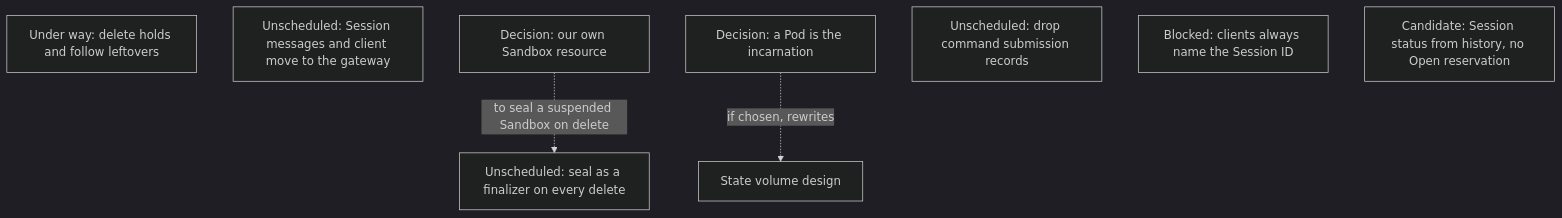
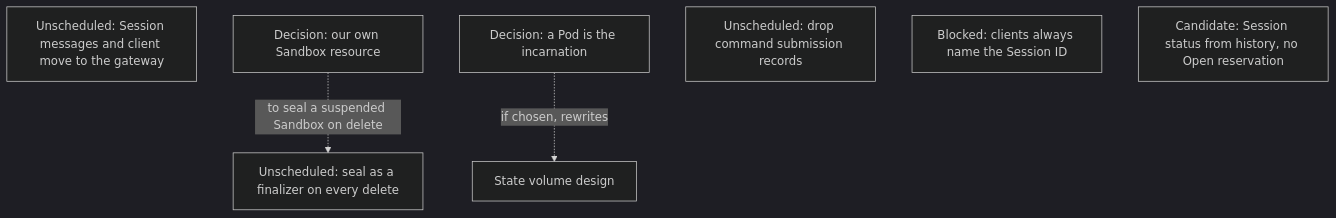
Diagram 12 of 13 in agentplane/plans/task_dag.md (agentydragon/ducktape), drawn with Mermaid (dark theme) before and after one commit. The commit also changed other lines of this file and 43 other files, not shown here.

First line of the commit message:
agentplane: delete retention holds and teardown's unpushed path (#10000)

````diff
--- a/agentplane/plans/task_dag.md
+++ b/agentplane/plans/task_dag.md
@@ -834,13 +833,12 @@
 ```mermaid
 flowchart TD
-    FOLLOW_PATH_RETIRE[Under way: delete holds and follow leftovers]
     GATEWAY_CLIENT_SPLIT[Unscheduled: Session messages and client move to the gateway]
     AGENTPLANE_SANDBOX_RESOURCE[Decision: our own Sandbox resource]
     POD_INCARNATION[Decision: a Pod is the incarnation]
     SEAL_FINALIZER[Unscheduled: seal as a finalizer on every delete]
     COMMAND_RECORDS_RETIRE[Unscheduled: drop command submission records]
     SESSION_ID_MINT_RETIRE[Blocked: clients always name the Session ID]
     LOOKUP_SESSION_RETIRE[Candidate: Session status from history, no Open reservation]
     AGENTPLANE_SANDBOX_RESOURCE -. to seal a suspended Sandbox on delete .-> SEAL_FINALIZER
     POD_INCARNATION -. if chosen, rewrites .-> SESSION_STATE_VOLUME_DESIGN[State volume design]
 ```
````
